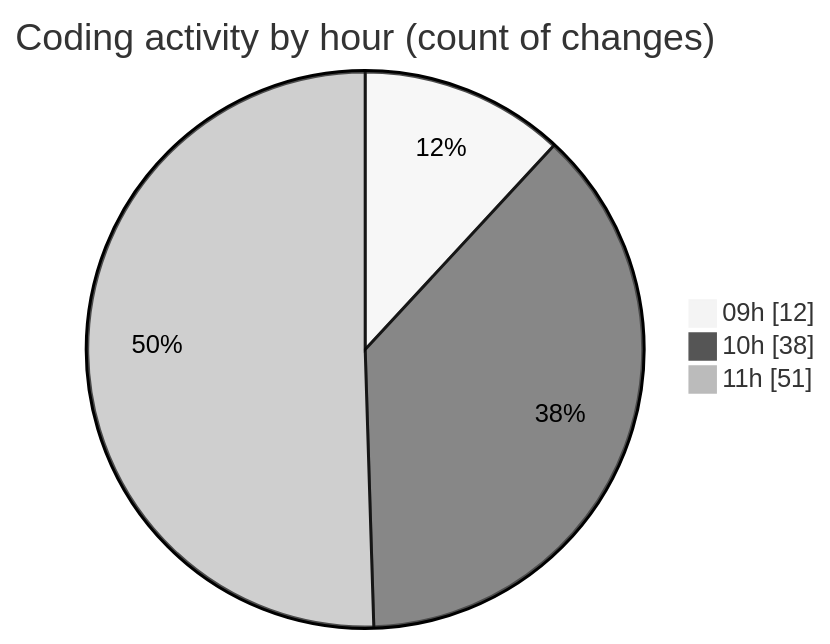
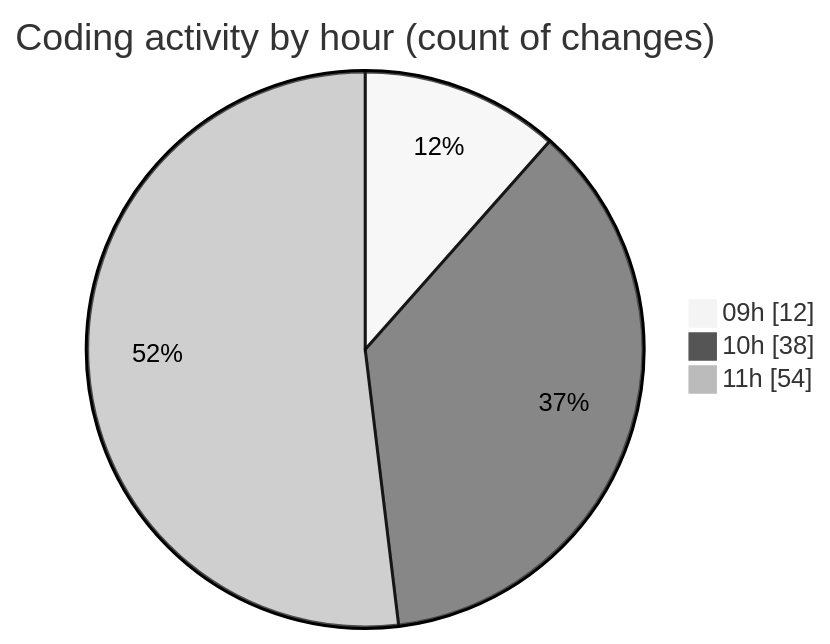
One commit to momahboobian/code-tracking changed the second of 2 diagrams in 2025-10-03/cda/README.md. Above: the diagram before and after it, drawn with Mermaid (neutral theme). The commit also changed other lines of this file and 1 other file, not shown here.

````diff
--- a/2025-10-03/cda/README.md
+++ b/2025-10-03/cda/README.md
@@ -33,7 +33,7 @@
 ```mermaid
 pie showData
 title Coding activity by hour (count of changes)
 "09h" : 12
 "10h" : 38
-"11h" : 51
+"11h" : 54
 ```
````
